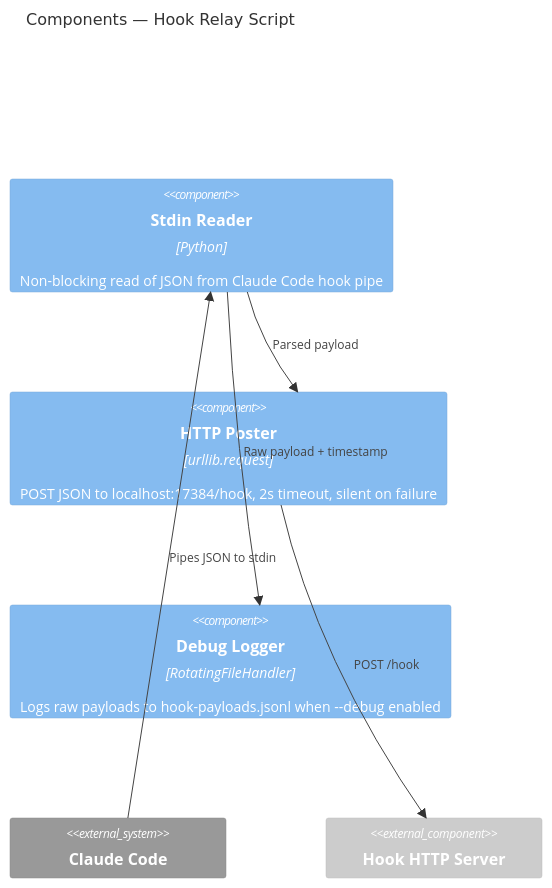
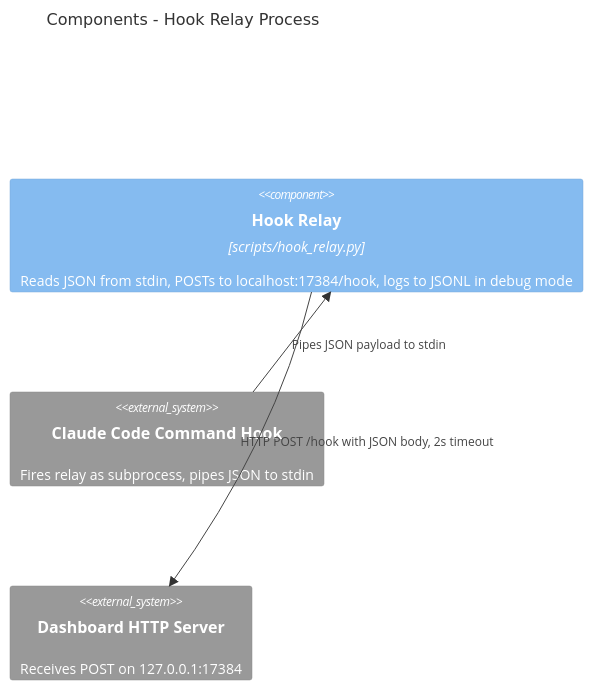
One commit to jewzaam/claude-dashboard changed the third of 3 diagrams in docs/c4/c4-component.md. Above: the diagram before and after it, drawn with Mermaid. The commit also changed other lines of this file and 5 other files, not shown here.

First line of the commit message:
docs(c4): regenerate C4 architecture diagrams and behavioral spec

````diff
--- a/docs/c4/c4-component.md
+++ b/docs/c4/c4-component.md
@@ -237,16 +58,12 @@
 ```mermaid
 C4Component
-    title Components — Hook Relay Script
+    title Components - Hook Relay Process
 
-    Component(stdin_reader, "Stdin Reader", "Python", "Non-blocking read of JSON from Claude Code hook pipe")
-    Component(http_poster, "HTTP Poster", "urllib.request", "POST JSON to localhost:17384/hook, 2s timeout, silent on failure")
-    Component(debug_logger, "Debug Logger", "RotatingFileHandler", "Logs raw payloads to hook-payloads.jsonl when --debug enabled")
+    Component(relay, "Hook Relay", "scripts/hook_relay.py", "Reads JSON from stdin, POSTs to localhost:17384/hook, logs to JSONL in debug mode")
 
-    System_Ext(claude_code, "Claude Code")
-    Component_Ext(hook_server, "Hook HTTP Server")
+    System_Ext(claude_hook, "Claude Code Command Hook", "Fires relay as subprocess, pipes JSON to stdin")
+    System_Ext(dashboard_http, "Dashboard HTTP Server", "Receives POST on 127.0.0.1:17384")
 
-    Rel(claude_code, stdin_reader, "Pipes JSON to stdin")
-    Rel(stdin_reader, http_poster, "Parsed payload")
-    Rel(http_poster, hook_server, "POST /hook")
-    Rel(stdin_reader, debug_logger, "Raw payload + timestamp")
+    Rel(claude_hook, relay, "Pipes JSON payload to stdin")
+    Rel(relay, dashboard_http, "HTTP POST /hook with JSON body, 2s timeout")
 ```
````
